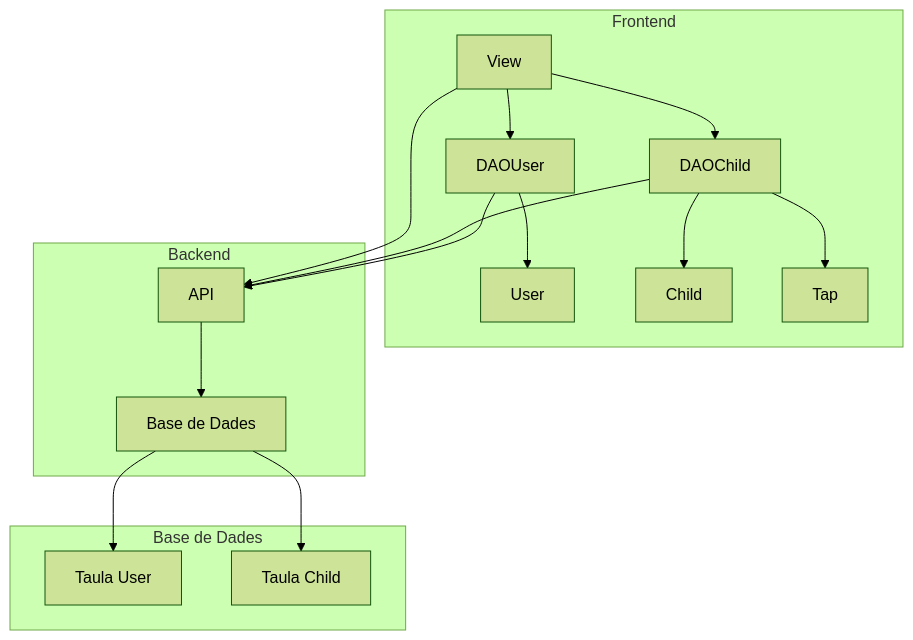
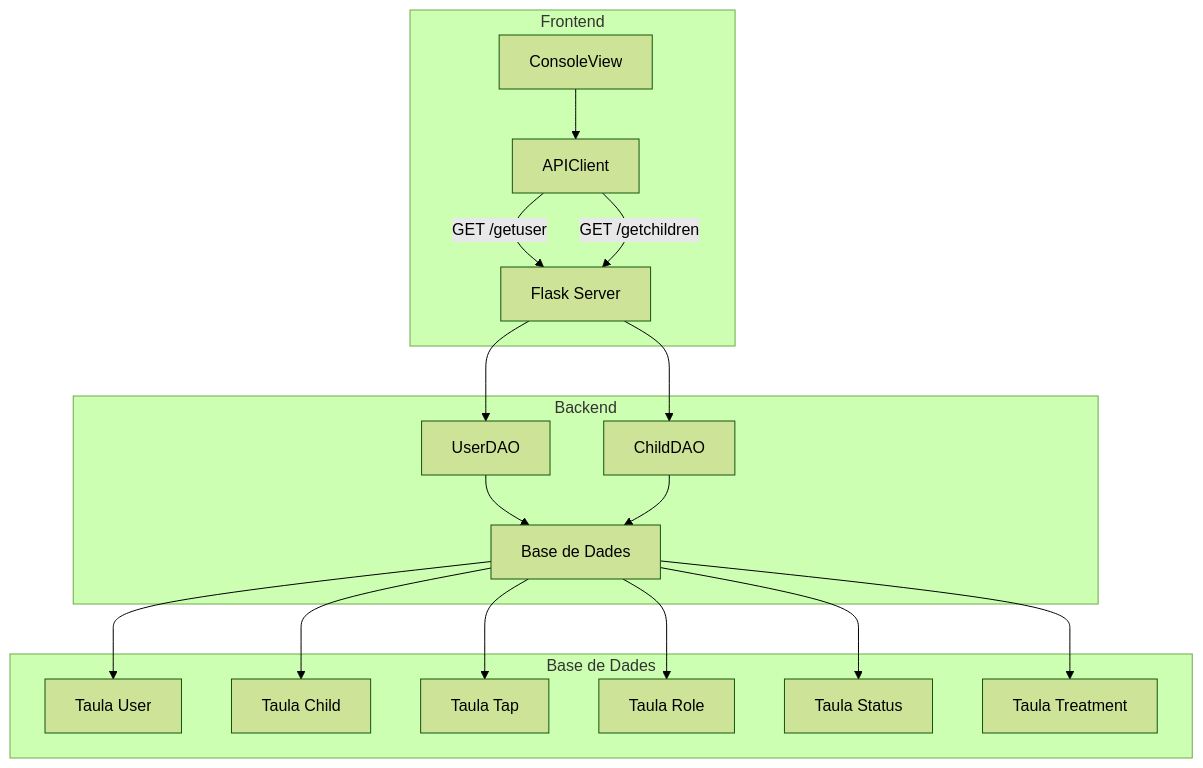
One commit to lauragrr1/tapatapp changed the diagram in Prototip2/DiagramaArqP2.mermaid. Above: the diagram before and after it, drawn with Mermaid (forest theme).

```diff
--- a/Prototip2/DiagramaArqP2.mermaid
+++ b/Prototip2/DiagramaArqP2.mermaid
@@ -1,21 +1,22 @@
 graph TD
     subgraph Frontend
-        A[View] --> B[DAOUser]
-        A --> C[DAOChild]
-        B --> D[User]
-        C --> E[Child]
-        C --> F[Tap]
+        A[ConsoleView] --> B[APIClient]
+        B -->|GET /getuser| C[Backend]
+        B -->|GET /getchildren| C
     end
 
     subgraph Backend
-        B --> G[API]
-        C --> G
-        G --> H[Base de Dades]
+        C[Flask Server] --> D[UserDAO]
+        C --> E[ChildDAO]
+        D --> F[Base de Dades]
+        E --> F
     end
 
     subgraph Base de Dades
-        H --> I[Taula User]
-        H --> J[Taula Child]
+        F[Base de Dades] --> G[Taula User]
+        F --> H[Taula Child]
+        F --> I[Taula Tap]
+        F --> J[Taula Role]
+        F --> K[Taula Status]
+        F --> L[Taula Treatment]
     end
-
-    A --> G
```
